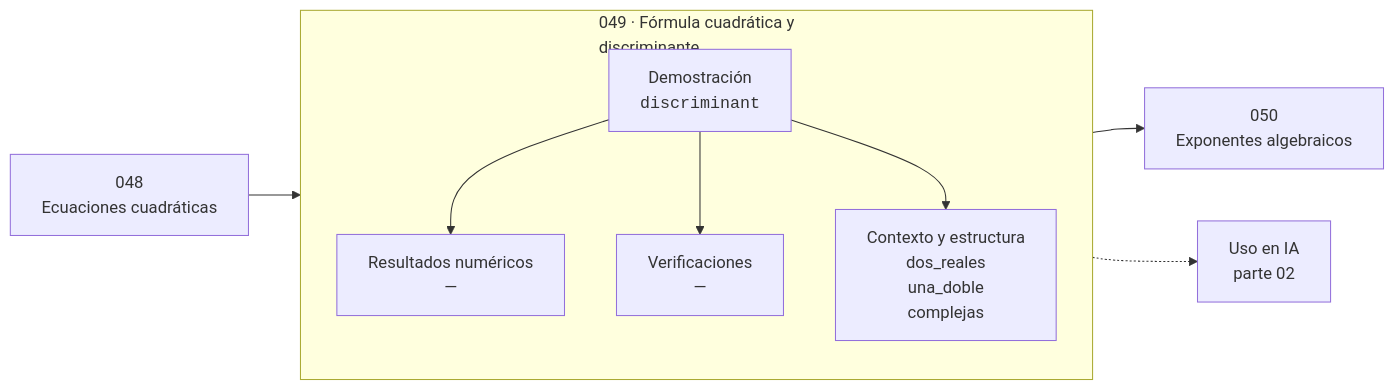
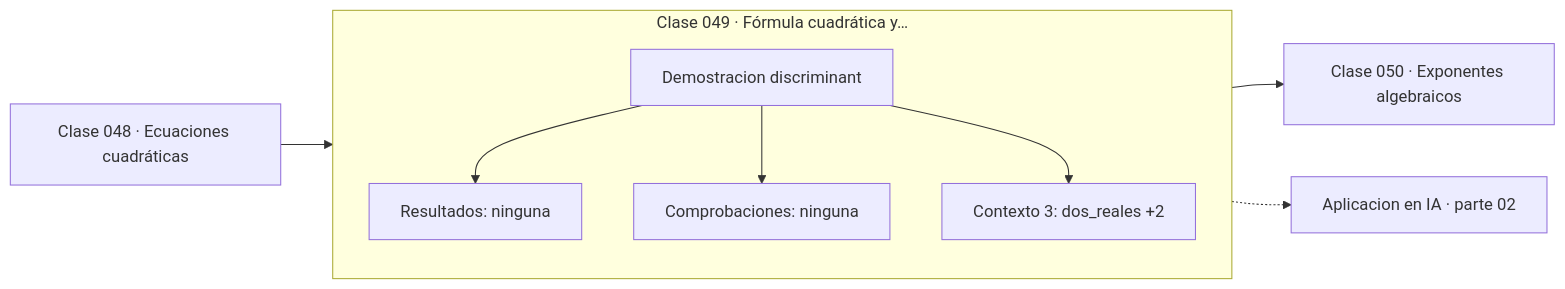
Before and after one commit to vladimiracunadev-create/computational-mathematics-program: the diagram in classes/part-02-algebra-y-funciones/049-formula-cuadratica-y-discriminante/README.md, drawn with Mermaid. The commit also changed 389 other files, not shown here.

First line of the commit message:
fix(diagramas): elimina el HTML de las etiquetas Mermaid

````diff
--- a/classes/part-02-algebra-y-funciones/049-formula-cuadratica-y-discriminante/README.md
+++ b/classes/part-02-algebra-y-funciones/049-formula-cuadratica-y-discriminante/README.md
@@ -35,12 +35,13 @@
 ```mermaid
 flowchart LR
-    P["048<br/>Ecuaciones cuadráticas"] --> C
-    subgraph C["049 · Fórmula cuadrática y<br/>discriminante"]
+    P["Clase 048 · Ecuaciones cuadráticas"] --> D
+    subgraph CLASE["Clase 049 · Fórmula cuadrática y…"]
         direction TB
-        D["Demostración<br/><code>discriminant</code>"] --> R["Resultados numéricos<br/>—"]
-        D --> V["Verificaciones<br/>—"]
-        D --> O["Contexto y estructura<br/>dos_reales<br/>una_doble<br/>complejas"]
+        D["Demostracion discriminant"]
+        D --> R["Resultados: ninguna"]
+        D --> V["Comprobaciones: ninguna"]
+        D --> O["Contexto 3: dos_reales +2"]
     end
-    C --> N["050<br/>Exponentes algebraicos"]
-    C -.-> IA["Uso en IA<br/>parte 02"]
+    R --> N["Clase 050 · Exponentes algebraicos"]
+    V -.-> IA["Aplicacion en IA · parte 02"]
 ```
````
